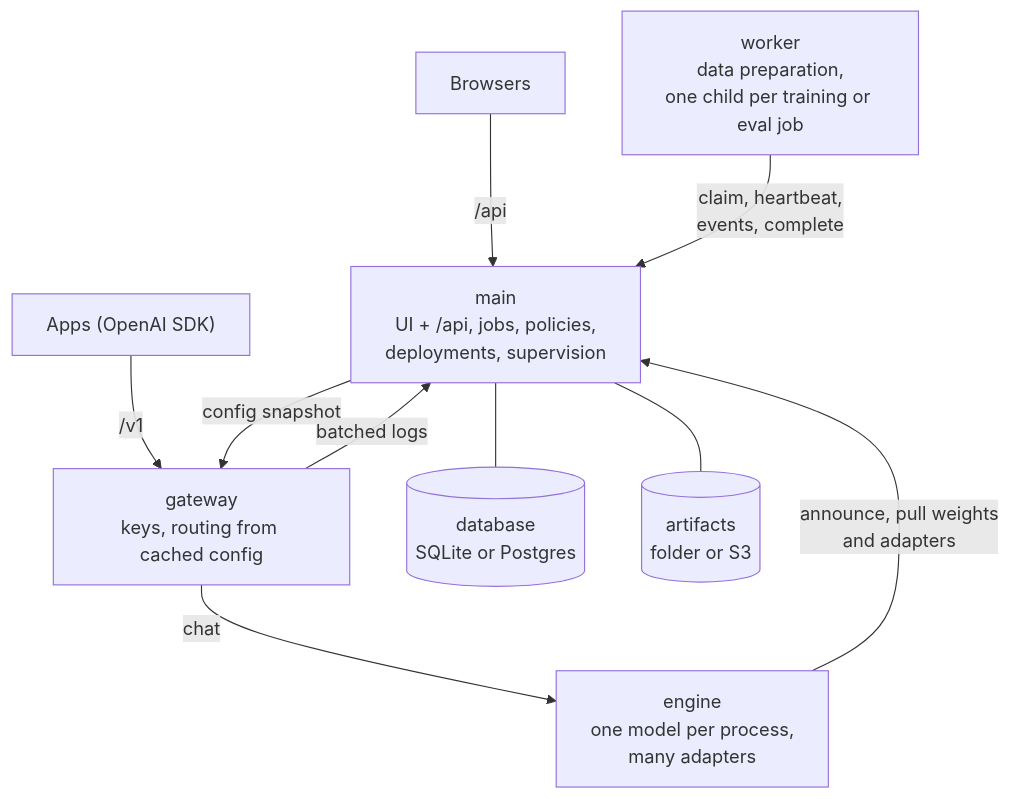
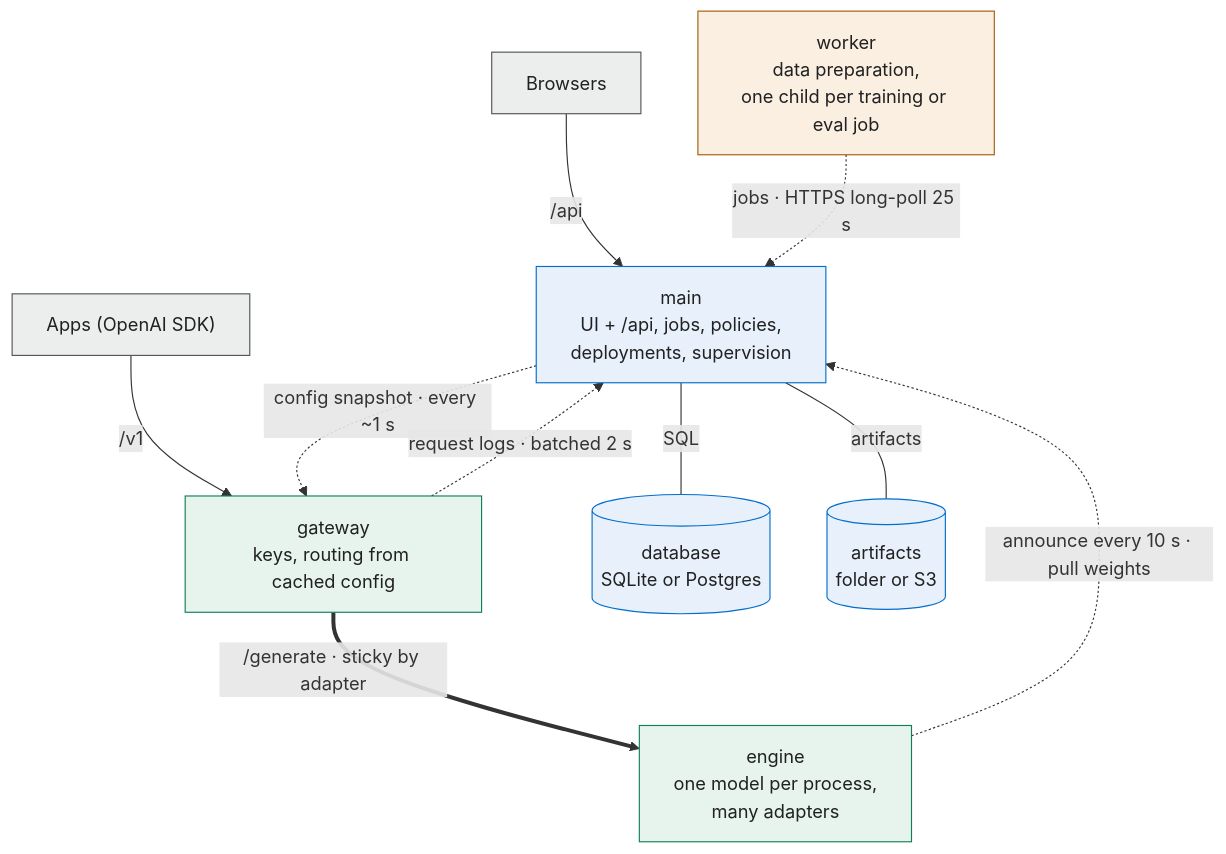
The first of 8 diagrams in docs/architecture.md (offbeatport/minibrain), drawn with Mermaid before and after one commit. The commit also changed other lines of this file and 3 other files, not shown here.

Commit message:
docs(architecture): fixed-layout shape diagrams, planes, trust zones and four flows

````diff
--- a/docs/architecture.md
+++ b/docs/architecture.md
@@ -18,20 +18,29 @@
 ```mermaid
 flowchart TB
     browser["Browsers"] -- "/api" --> main
     apps["Apps (OpenAI SDK)"] -- "/v1" --> gateway
 
     main["main<br/>UI + /api, jobs, policies,<br/>deployments, supervision"]
     gateway["gateway<br/>keys, routing from cached config"]
     worker["worker<br/>data preparation,<br/>one child per training or eval job"]
     engine["engine<br/>one model per process,<br/>many adapters"]
     db[("database<br/>SQLite or Postgres")]
     store[("artifacts<br/>folder or S3")]
 
-    main --- db
-    main --- store
-    main -- "config snapshot" --> gateway
-    gateway -- "batched logs" --> main
-    worker -- "claim, heartbeat,<br/>events, complete" --> main
-    engine -- "announce, pull weights<br/>and adapters" --> main
-    gateway -- "chat" --> engine
+    main -- "SQL" --- db
+    main -- "artifacts" --- store
+    main -. "config snapshot · every ~1 s" .-> gateway
+    gateway -. "request logs · batched 2 s" .-> main
+    worker -. "jobs · HTTPS long-poll 25 s" .-> main
+    engine -. "announce every 10 s · pull weights" .-> main
+    gateway == "/generate · sticky by adapter" ==> engine
+
+    classDef control fill:#e8f1fb,stroke:#026ecd,color:#202121
+    classDef serving fill:#e6f4ed,stroke:#0f7f57,color:#202121
+    classDef batch fill:#faefe1,stroke:#a65c0a,color:#202121
+    classDef client fill:#eceded,stroke:#535454,color:#202121
+    class main,db,store control
+    class gateway,engine serving
+    class worker batch
+    class browser,apps client
 ```
````
